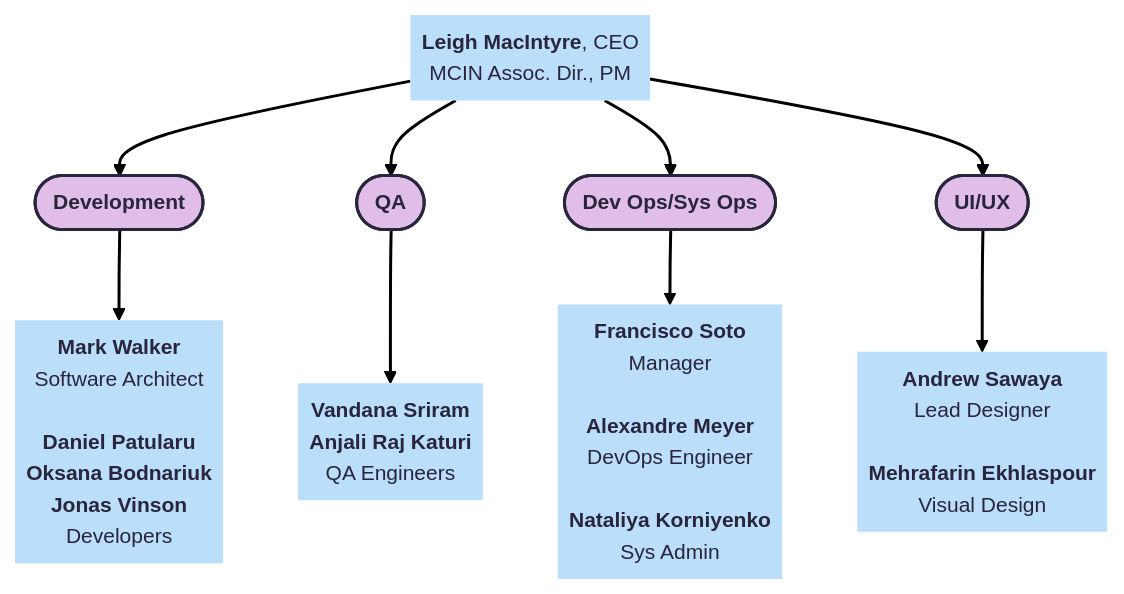
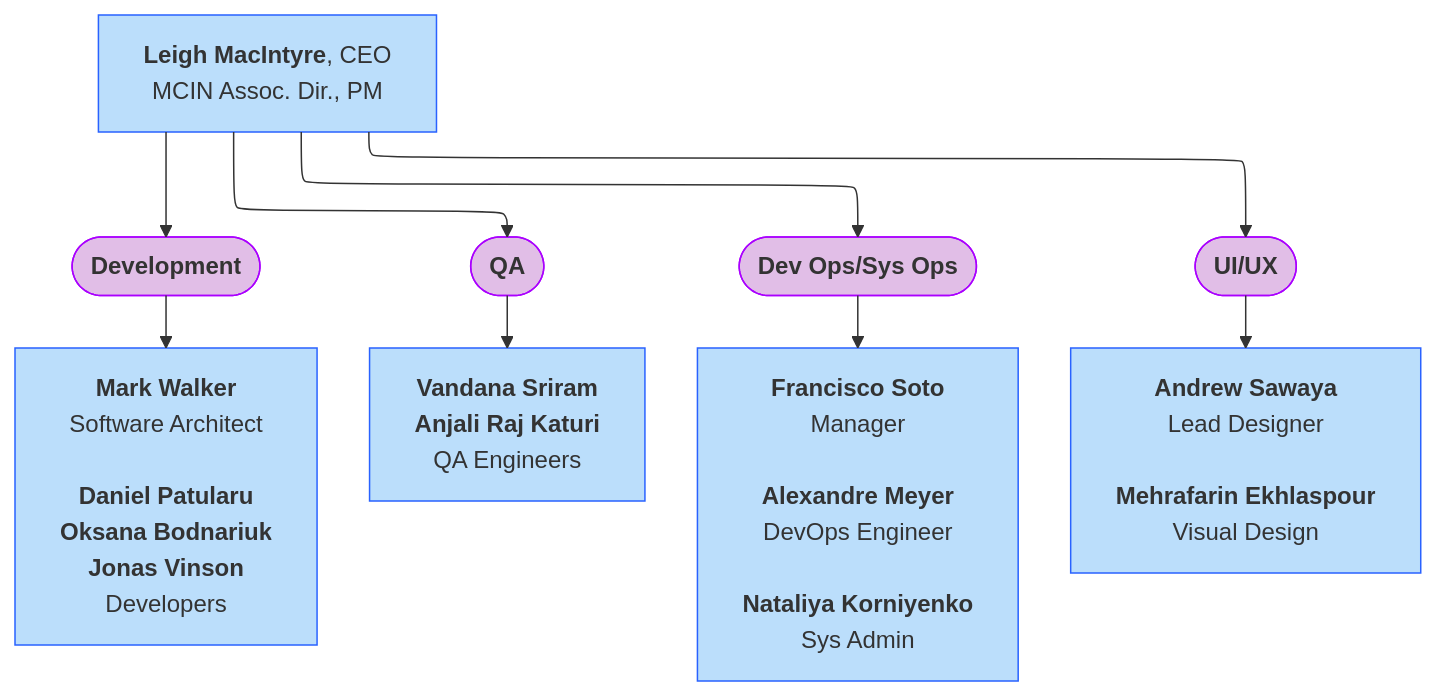
Before and after one commit to DCAN-Labs/hbcd-docs-internal: the fourth of 10 diagrams in docs/orgcharts.md, drawn with Mermaid.

Commit message:
fix lasso internal

````diff
--- a/docs/orgcharts.md
+++ b/docs/orgcharts.md
@@ -331,26 +331,21 @@
 ```mermaid
 ---
 config:
-  theme: redux
+  layout: elk
 ---
 flowchart TB
     B(["<b>Development</b>"]) --> n5["<b>Mark Walker<br></b>Software Architect<br><br><b>Daniel Patularu</b><br><b>Oksana Bodnariuk<br>Jonas Vinson<br></b>Developers"]
     n1(["<b>QA</b>"]) --> n6["<b>Vandana Sriram</b><br><b>Anjali Raj Katuri<br></b>QA Engineers"]
-    n3(["<b>Dev Ops/Sys Ops</b>"]) --> n8@{ label: "<b>Francisco Soto<br></b>Manager<br><br><span style=\"--tw-scale-x:\"><b>Alexandre Meyer<br style=\"--tw-scale-x:\"></b></span>DevOps Engineer<br><br><span style=\"--tw-scale-x:\"><b>Nataliya Korniyenko<br style=\"--tw-scale-x:\"></b></span>Sys Admin" }
-    n4(["<b>UI/UX</b>"]) --> n9@{ label: "<b>Andrew Sawaya<br></b>Lead Designer<br><br><span style=\"--tw-scale-x:\"><b>Mehrafarin Ekhlaspour<br style=\"--tw-scale-x:\"></b></span>Visual Design" }
+    n3(["<b>Dev Ops/Sys Ops</b>"]) --> n8["<b>Francisco Soto</b><br>Manager<br><br><b>Alexandre Meyer</b><br>DevOps Engineer<br><br><b>Nataliya Korniyenko<br></b>Sys Admin"]
+    n4(["<b>UI/UX</b>"]) --> n9["<b>Andrew Sawaya</b><br>Lead Designer<br><br><b>Mehrafarin Ekhlaspour</b><br>Visual Design"]
     n10["<b>Leigh MacIntyre</b>, CEO<br>MCIN Assoc. Dir., PM"] --> B & n1 & n3 & n4
-    n5@{ shape: text}
-    n6@{ shape: text}
-    n8@{ shape: text}
-    n9@{ shape: text}
-    n10@{ shape: text}
-    style B fill:#E1BEE7
-    style n5 fill:#BBDEFB
-    style n1 fill:#E1BEE7
-    style n6 fill:#BBDEFB
-    style n3 fill:#E1BEE7
-    style n8 fill:#BBDEFB
-    style n4 fill:#E1BEE7
-    style n9 fill:#BBDEFB
-    style n10 fill:#BBDEFB
+    style B fill:#E1BEE7,stroke:#AA00FF
+    style n5 fill:#BBDEFB,stroke:#2962FF
+    style n1 fill:#E1BEE7,stroke:#AA00FF
+    style n6 fill:#BBDEFB,stroke:#2962FF
+    style n3 fill:#E1BEE7,stroke:#AA00FF
+    style n8 fill:#BBDEFB,stroke:#2962FF
+    style n4 fill:#E1BEE7,stroke:#AA00FF
+    style n9 fill:#BBDEFB,stroke:#2962FF
+    style n10 fill:#BBDEFB,stroke:#2962FF
 ```
````
